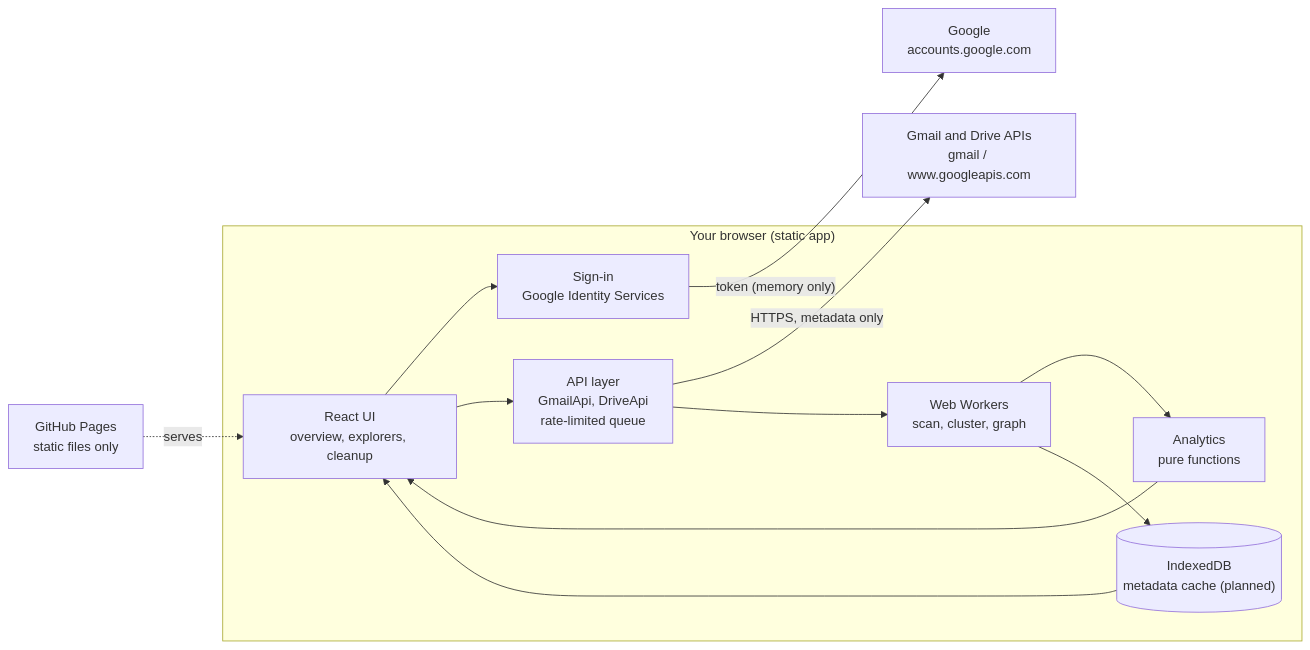
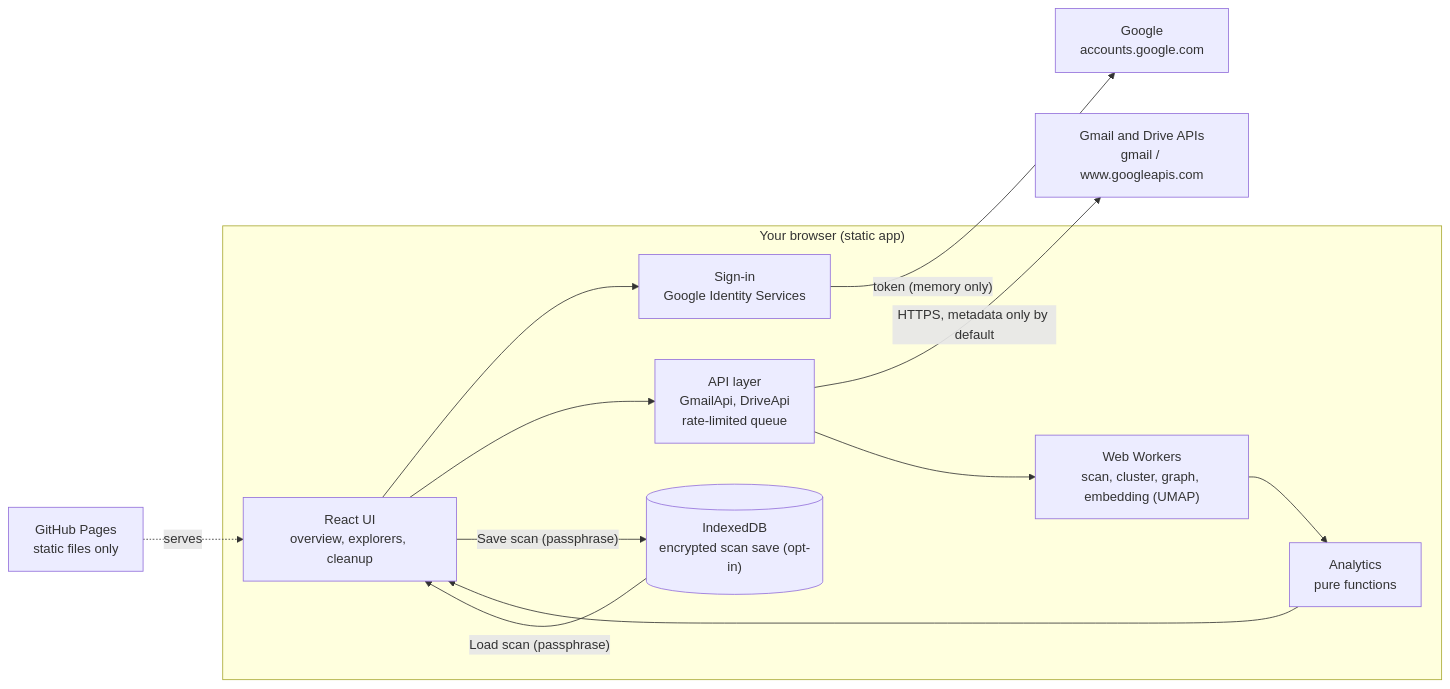
Before and after one commit to Shuvam-Banerji-Seal/gmail-drive-storage-lens: the diagram in docs/architecture.md, drawn with Mermaid. The commit also changed other lines of this file and 103 other files, not shown here.

````diff
--- a/docs/architecture.md
+++ b/docs/architecture.md
@@ -7,25 +7,25 @@
 ```mermaid
 flowchart LR
     subgraph Browser["Your browser (static app)"]
         UI["React UI<br/>overview, explorers, cleanup"]
         Auth["Sign-in<br/>Google Identity Services"]
         API["API layer<br/>GmailApi, DriveApi<br/>rate-limited queue"]
-        Workers["Web Workers<br/>scan, cluster, graph"]
+        Workers["Web Workers<br/>scan, cluster, graph, embedding (UMAP)"]
         Analytics["Analytics<br/>pure functions"]
-        DB[("IndexedDB<br/>metadata cache (planned)")]
+        DB[("IndexedDB<br/>encrypted scan save (opt-in)")]
     end
 
     Pages["GitHub Pages<br/>static files only"] -. serves .-> UI
     Google["Google<br/>accounts.google.com"]
     GAPI["Gmail and Drive APIs<br/>gmail / www.googleapis.com"]
 
     UI --> Auth
     Auth -- "token (memory only)" --> Google
     UI --> API
-    API -- "HTTPS, metadata only" --> GAPI
+    API -- "HTTPS, metadata only by default" --> GAPI
     API --> Workers
     Workers --> Analytics
     Analytics --> UI
-    Workers --> DB
-    DB --> UI
+    UI -- "Save scan (passphrase)" --> DB
+    DB -- "Load scan (passphrase)" --> UI
 ```
````
